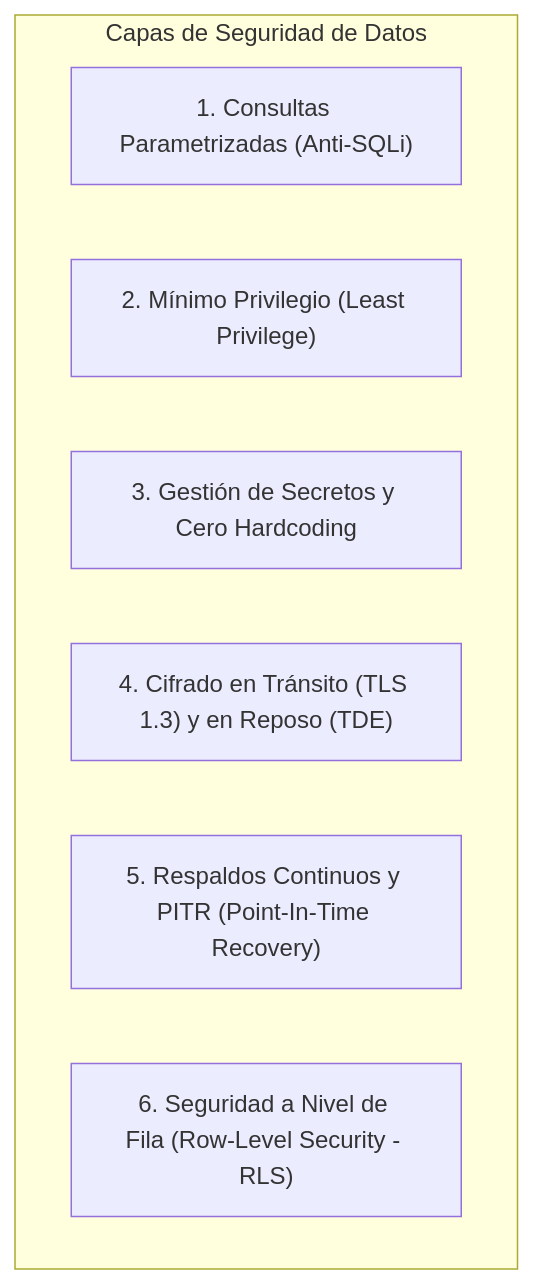
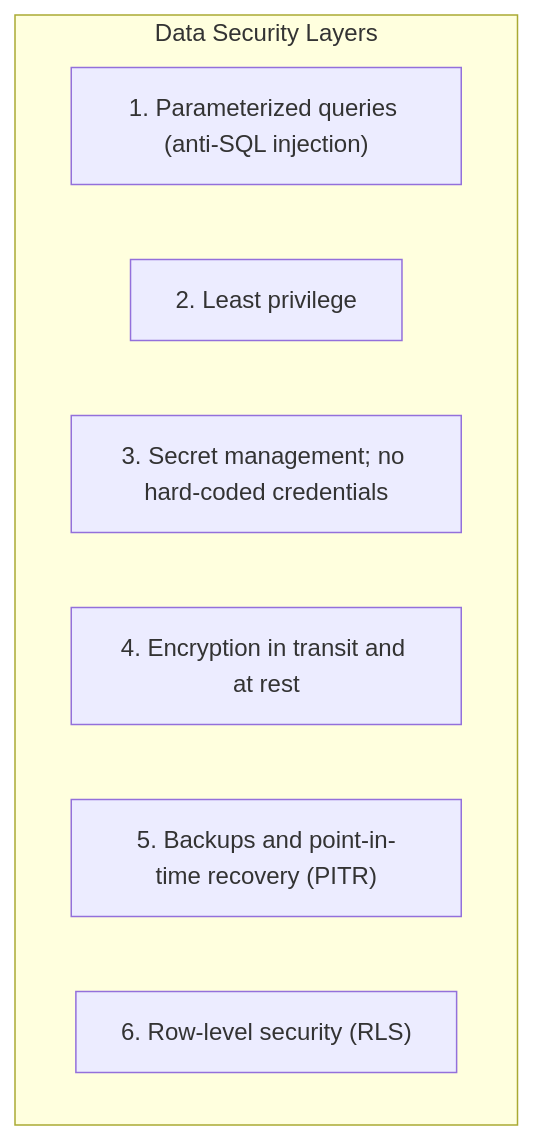
One commit to PCVV-Organization/aegisbank-ai-platform changed the diagram in docs/security/DATA-LAYER-SECURITY.md. Above: the diagram before and after it, drawn with Mermaid. The commit also changed other lines of this file and 74 other files, not shown here.

````diff
--- a/docs/security/DATA-LAYER-SECURITY.md
+++ b/docs/security/DATA-LAYER-SECURITY.md
@@ -10,11 +8,11 @@
 ```mermaid
 graph TD
-    subgraph "Capas de Seguridad de Datos"
-        P1["1. Consultas Parametrizadas (Anti-SQLi)"]
-        P2["2. Mínimo Privilegio (Least Privilege)"]
-        P3["3. Gestión de Secretos y Cero Hardcoding"]
-        P4["4. Cifrado en Tránsito (TLS 1.3) y en Reposo (TDE)"]
-        P5["5. Respaldos Continuos y PITR (Point-In-Time Recovery)"]
-        P6["6. Seguridad a Nivel de Fila (Row-Level Security - RLS)"]
+    subgraph Data Security Layers
+        P1["1. Parameterized queries (anti-SQL injection)"]
+        P2["2. Least privilege"]
+        P3["3. Secret management; no hard-coded credentials"]
+        P4["4. Encryption in transit and at rest"]
+        P5["5. Backups and point-in-time recovery (PITR)"]
+        P6["6. Row-level security (RLS)"]
     end
 ```
````
